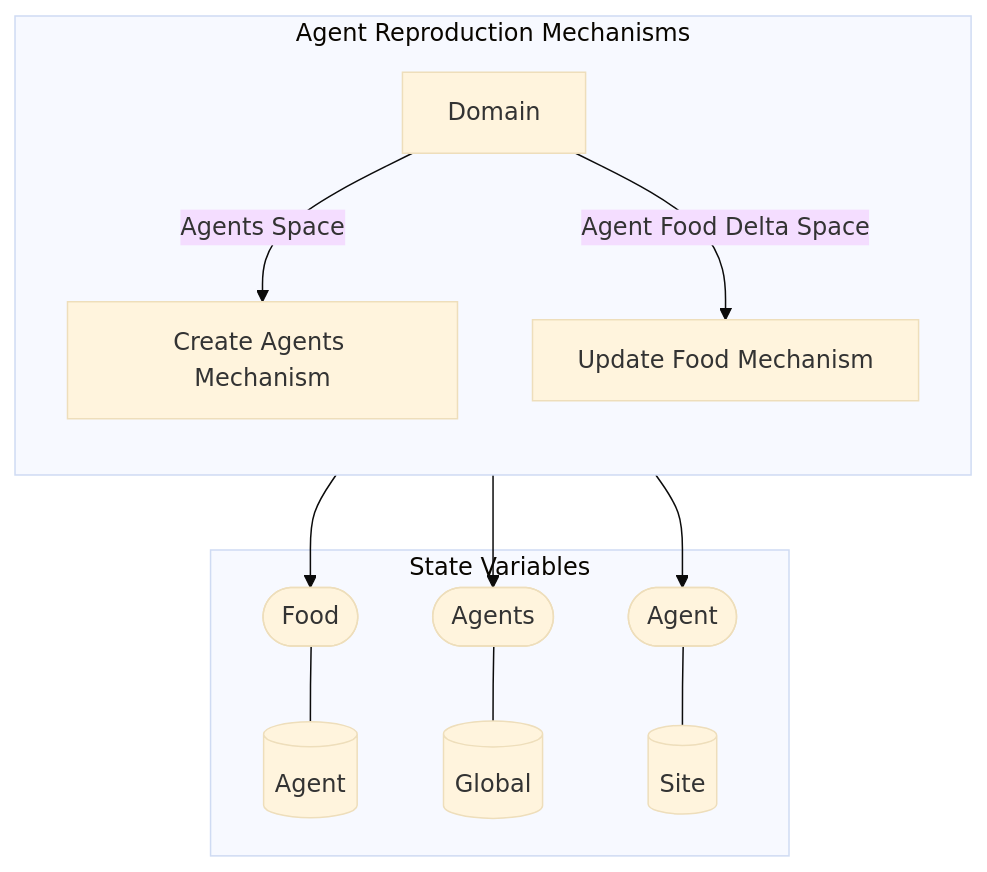
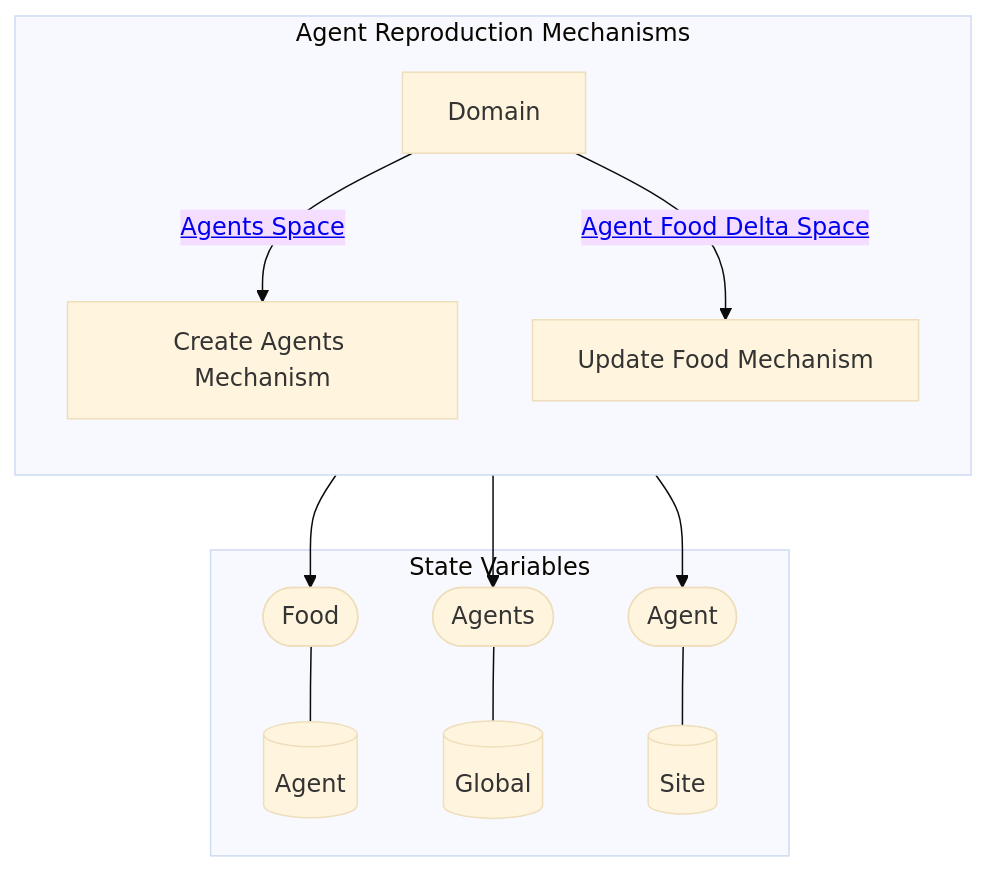
Before and after one commit to BlockScience/Predator-Prey-MSML: the second of 2 diagrams in reports/obsidian/Wiring/Agent Reproduction Mechanisms.md, drawn with Mermaid (base theme). The commit also changed other lines of this file and 48 other files, not shown here.

````diff
--- a/reports/obsidian/Wiring/Agent Reproduction Mechanisms.md
+++ b/reports/obsidian/Wiring/Agent Reproduction Mechanisms.md
@@ -44,37 +44,37 @@
 ```mermaid
 graph TB
 
 subgraph SVS["State Variables"]
 EE0[("Agent")]
 EE1[("Global")]
 EE2[("Site")]
 EES0(["Food"])
 EES0 --- EE0
 EES1(["Agents"])
 EES1 --- EE1
 EES2(["Agent"])
 EES2 --- EE2
 end
 
 subgraph X5["Agent Reproduction Mechanisms"]
 direction TB
 X1["Create Agents Mechanism"]
 X1 --> EES1
 X1 --> EES2
 X2["Update Food Mechanism"]
 X2 --> EES0
 X3[Domain]
 
 direction LR
 direction TB
-X3 --"Agents Space"--> X1
-X3 --"Agent Food Delta Space"--> X2
+X3 --"<a href='Agents Space' class=internal-link>Agents Space</a>"--> X1
+X3 --"<a href='Agent Food Delta Space' class=internal-link>Agent Food Delta Space</a>"--> X2
 end
 class X1 internal-link;
 class X2 internal-link;
 class X4 internal-link;
 class EE0 internal-link;
 class EE1 internal-link;
 class EE2 internal-link;
 
 ```
````
